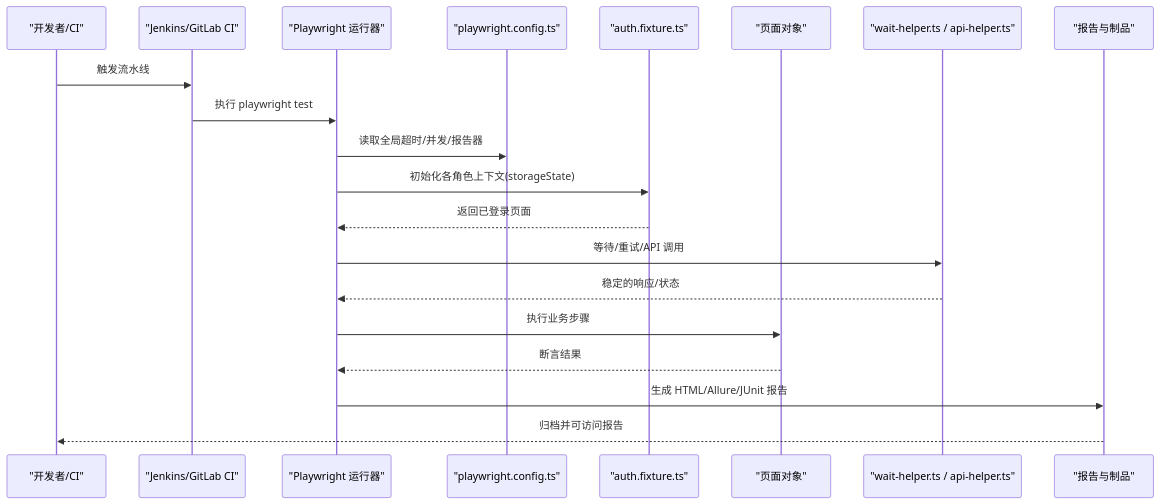
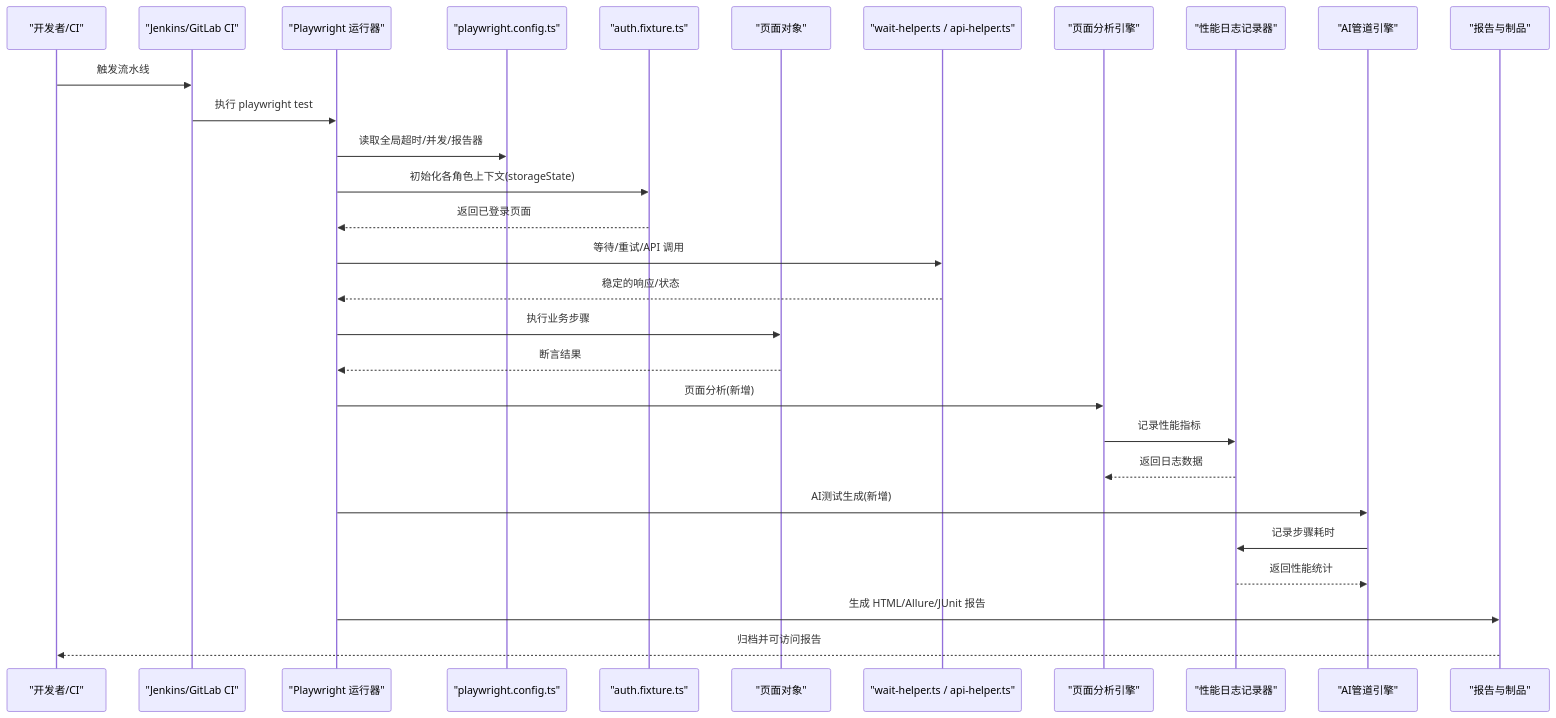
One commit to zzgoviziwind/--playwright changed the second of 12 diagrams in .qoder/repowiki/zh/content/测试报告和监控/性能监控.md. Above: the diagram before and after it, drawn with Mermaid. The commit also changed other lines of this file and 112 other files, not shown here.

````diff
--- a/.qoder/repowiki/zh/content/测试报告和监控/性能监控.md
+++ b/.qoder/repowiki/zh/content/测试报告和监控/性能监控.md
@@ -131,22 +179,31 @@
 ```mermaid
 sequenceDiagram
 participant Dev as "开发者/CI"
 participant CI as "Jenkins/GitLab CI"
 participant PW as "Playwright 运行器"
 participant CFG as "playwright.config.ts"
 participant FIX as "auth.fixture.ts"
 participant PAGES as "页面对象"
 participant UTIL as "wait-helper.ts / api-helper.ts"
+participant PA as "页面分析引擎"
+participant PL as "性能日志记录器"
+participant SP as "AI管道引擎"
 participant REP as "报告与制品"
 Dev->>CI : 触发流水线
 CI->>PW : 执行 playwright test
 PW->>CFG : 读取全局超时/并发/报告器
 PW->>FIX : 初始化各角色上下文(storageState)
 FIX-->>PW : 返回已登录页面
 PW->>UTIL : 等待/重试/API 调用
 UTIL-->>PW : 稳定的响应/状态
 PW->>PAGES : 执行业务步骤
 PAGES-->>PW : 断言结果
+PW->>PA : 页面分析(新增)
+PA->>PL : 记录性能指标
+PL-->>PA : 返回日志数据
+PW->>SP : AI测试生成(新增)
+SP->>PL : 记录步骤耗时
+PL-->>SP : 返回性能统计
 PW->>REP : 生成 HTML/Allure/JUnit 报告
 REP-->>Dev : 归档并可访问报告
 ```
````
